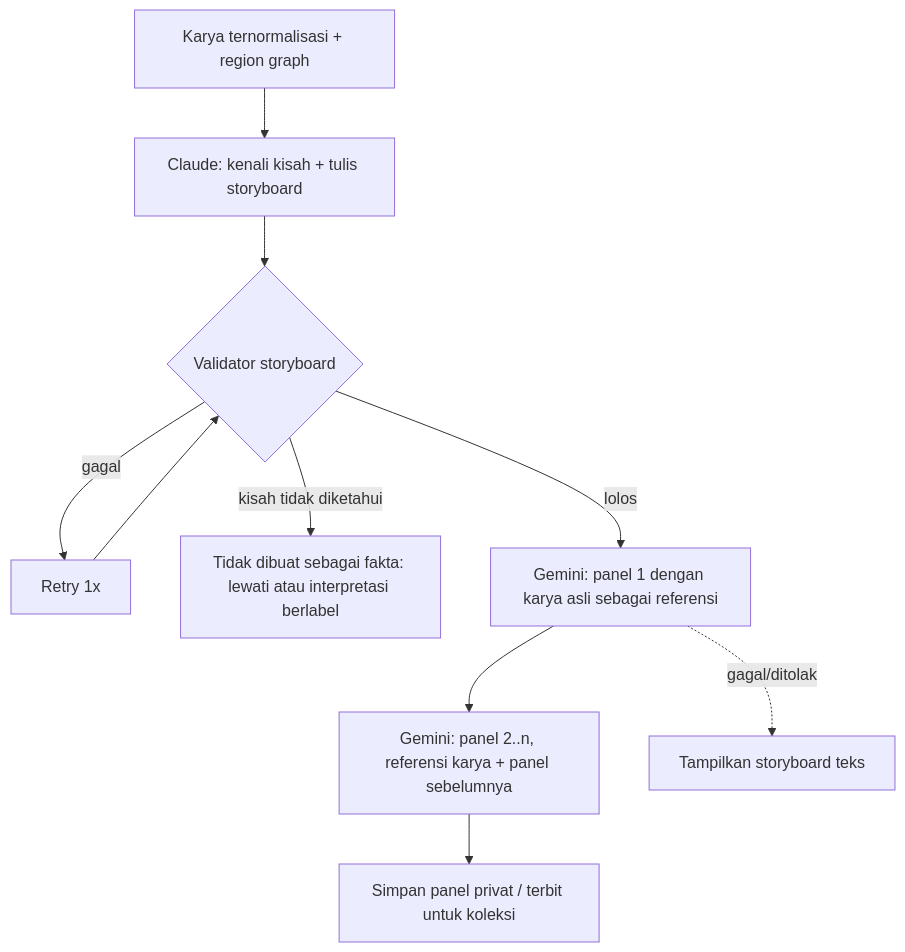
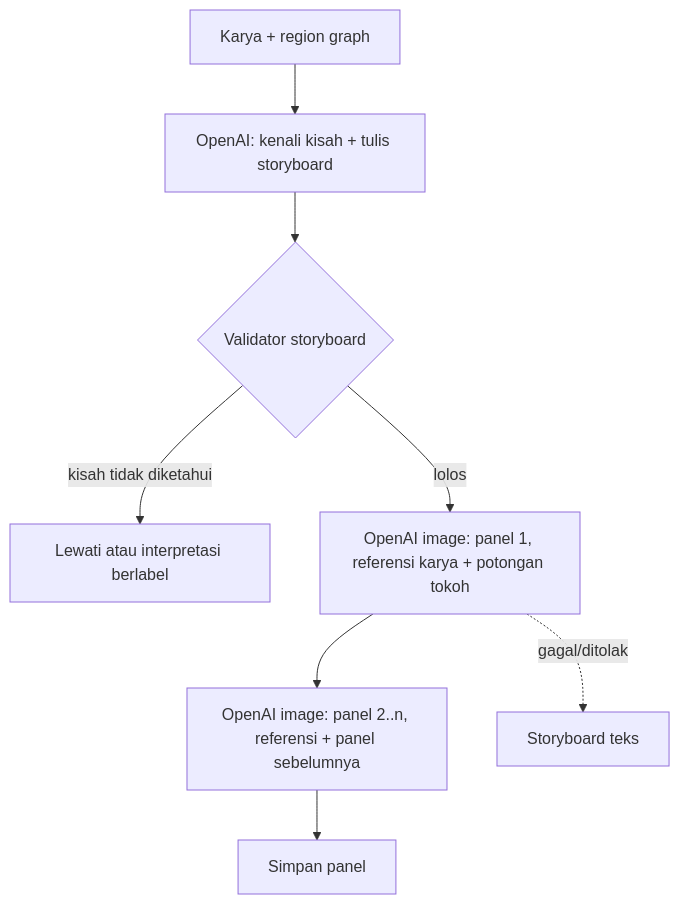
The second of 2 diagrams in RENCANA_PENGERJAAN.md (iqbalvrd/Rerupa), drawn with Mermaid before and after one commit. The commit also changed other lines of this file and 5 other files, not shown here.

First line of the commit message:
PRD v1.3, rencana v1.2, solusi risiko, ERD, dan arsitektur sistem

````diff
--- a/RENCANA_PENGERJAAN.md
+++ b/RENCANA_PENGERJAAN.md
@@ -258,11 +239,10 @@
 ```mermaid
 flowchart TD
-    A[Karya ternormalisasi + region graph] --> B[Claude: kenali kisah + tulis storyboard]
+    A[Karya + region graph] --> B[OpenAI: kenali kisah + tulis storyboard]
     B --> C{Validator storyboard}
-    C -- gagal --> B2[Retry 1x] --> C
-    C -- kisah tidak diketahui --> T[Tidak dibuat sebagai fakta: lewati atau interpretasi berlabel]
-    C -- lolos --> D[Gemini: panel 1 dengan karya asli sebagai referensi]
-    D --> E[Gemini: panel 2..n, referensi karya + panel sebelumnya]
-    E --> F[Simpan panel privat / terbit untuk koleksi]
-    D -. gagal/ditolak .-> G[Tampilkan storyboard teks]
+    C -- kisah tidak diketahui --> T[Lewati atau interpretasi berlabel]
+    C -- lolos --> D[OpenAI image: panel 1, referensi karya + potongan tokoh]
+    D --> E[OpenAI image: panel 2..n, referensi + panel sebelumnya]
+    E --> F[Simpan panel]
+    D -. gagal/ditolak .-> G[Storyboard teks]
 ```
````
